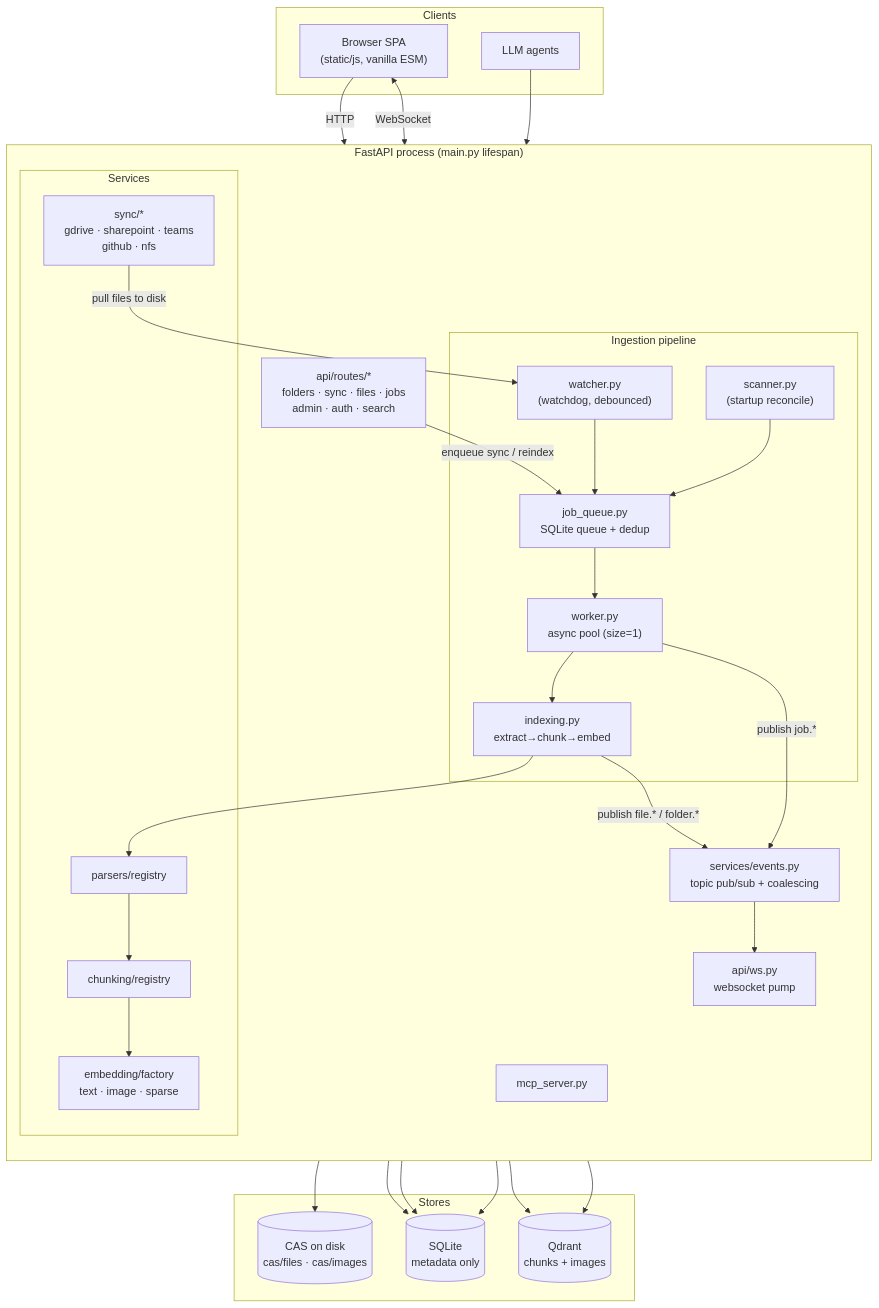
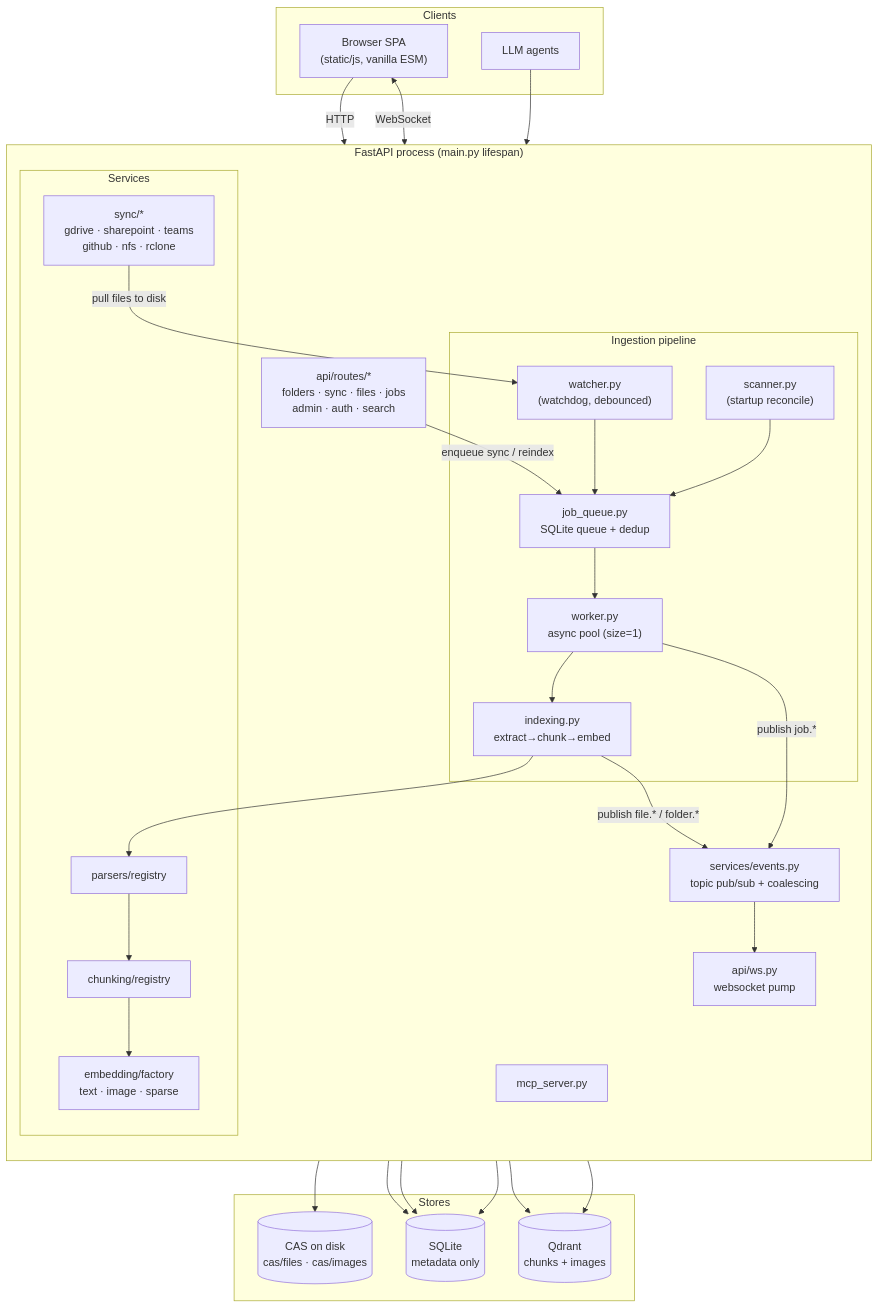
Before and after one commit to voitta-ai/voitta-rag-enterprise: the first of 19 diagrams in docs/OPERATIONS.md, drawn with Mermaid. The commit also changed other lines of this file and 14 other files, not shown here.

````diff
--- a/docs/OPERATIONS.md
+++ b/docs/OPERATIONS.md
@@ -37,57 +37,57 @@
 ```mermaid
 flowchart TB
     subgraph clients["Clients"]
         SPA["Browser SPA<br/>(static/js, vanilla ESM)"]
         MCP_C["LLM agents"]
     end
 
     subgraph app["FastAPI process (main.py lifespan)"]
         direction TB
         ROUTES["api/routes/*<br/>folders · sync · files · jobs<br/>admin · auth · search"]
         WS["api/ws.py<br/>websocket pump"]
         MCPSRV["mcp_server.py"]
         EVENTS["services/events.py<br/>topic pub/sub + coalescing"]
 
         subgraph pipeline["Ingestion pipeline"]
             WATCH["watcher.py<br/>(watchdog, debounced)"]
             SCAN["scanner.py<br/>(startup reconcile)"]
             JQ["job_queue.py<br/>SQLite queue + dedup"]
             WORK["worker.py<br/>async pool (size=1)"]
             IDX["indexing.py<br/>extract→chunk→embed"]
         end
 
         subgraph svc["Services"]
             PARSE["parsers/registry"]
             CHUNK["chunking/registry"]
             EMB["embedding/factory<br/>text · image · sparse"]
-            SYNC["sync/*<br/>gdrive · sharepoint · teams<br/>github · nfs"]
+            SYNC["sync/*<br/>gdrive · sharepoint · teams<br/>github · nfs · rclone"]
         end
     end
 
     subgraph stores["Stores"]
         CAS[("CAS on disk<br/>cas/files · cas/images")]
         DB[("SQLite<br/>metadata only")]
         QD[("Qdrant<br/>chunks + images")]
     end
 
     SPA -->|HTTP| ROUTES
     SPA <-->|WebSocket| WS
     MCP_C --> MCPSRV
 
     WATCH --> JQ
     SCAN --> JQ
     SYNC -->|pull files to disk| WATCH
     ROUTES -->|enqueue sync / reindex| JQ
     JQ --> WORK --> IDX
     IDX --> PARSE --> CHUNK --> EMB
     IDX --> CAS
     IDX --> DB
     EMB --> QD
 
     WORK -->|publish job.*| EVENTS
     IDX -->|publish file.* / folder.*| EVENTS
     EVENTS --> WS
     ROUTES --> DB
     MCPSRV --> QD
     MCPSRV --> DB
 ```
````
